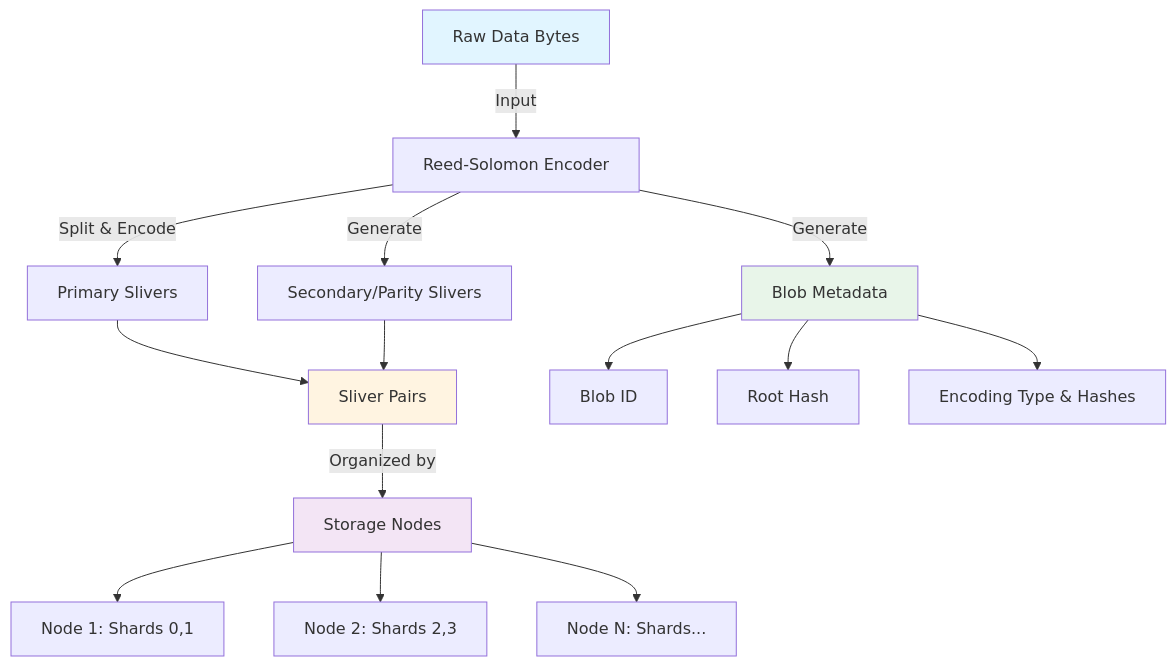
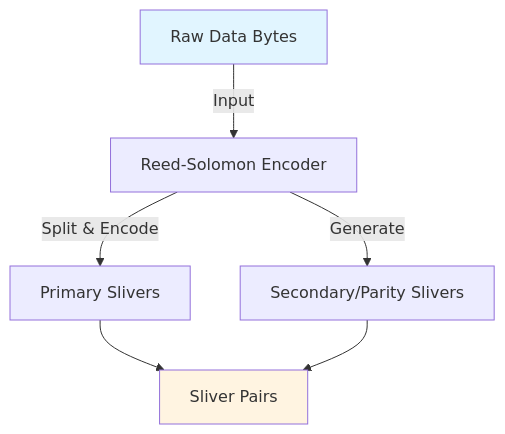
Before and after one commit to MystenLabs/Walrus-Onboarding: the first of 3 diagrams in Day one/module_7/contents/01-chunk-creation.md, drawn with Mermaid. The commit also changed other lines of this file and 10 other files, not shown here.

````diff
--- a/Day one/module_7/contents/01-chunk-creation.md
+++ b/Day one/module_7/contents/01-chunk-creation.md
@@ -9,21 +11,11 @@
 ```mermaid
 flowchart TD
     A[Raw Data Bytes] -->|Input| B[Reed-Solomon Encoder]
     B -->|Split & Encode| C[Primary Slivers]
     B -->|Generate| D[Secondary/Parity Slivers]
     C --> E[Sliver Pairs]
     D --> E
-    B -->|Generate| F[Blob Metadata]
-    F --> G[Blob ID]
-    F --> H[Root Hash]
-    F --> I[Encoding Type & Hashes]
-    E -->|Organized by| J[Storage Nodes]
-    J --> K[Node 1: Shards 0,1]
-    J --> L[Node 2: Shards 2,3]
-    J --> M[Node N: Shards...]
     
     style A fill:#e1f5ff
     style E fill:#fff4e1
-    style F fill:#e8f5e9
-    style J fill:#f3e5f5
 ```
````
